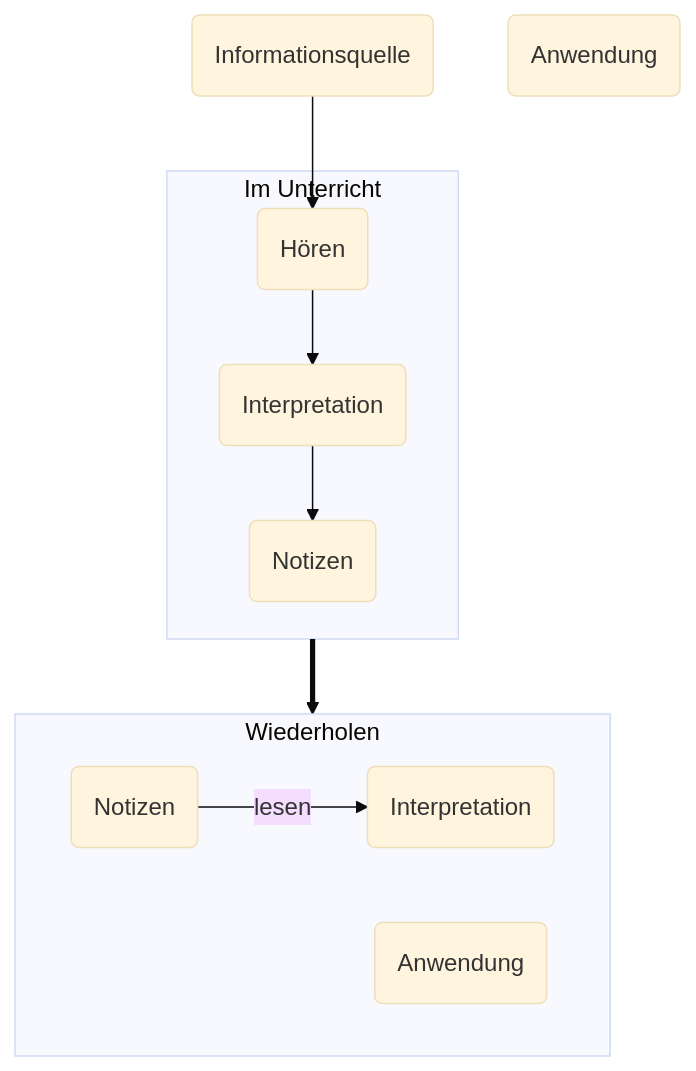
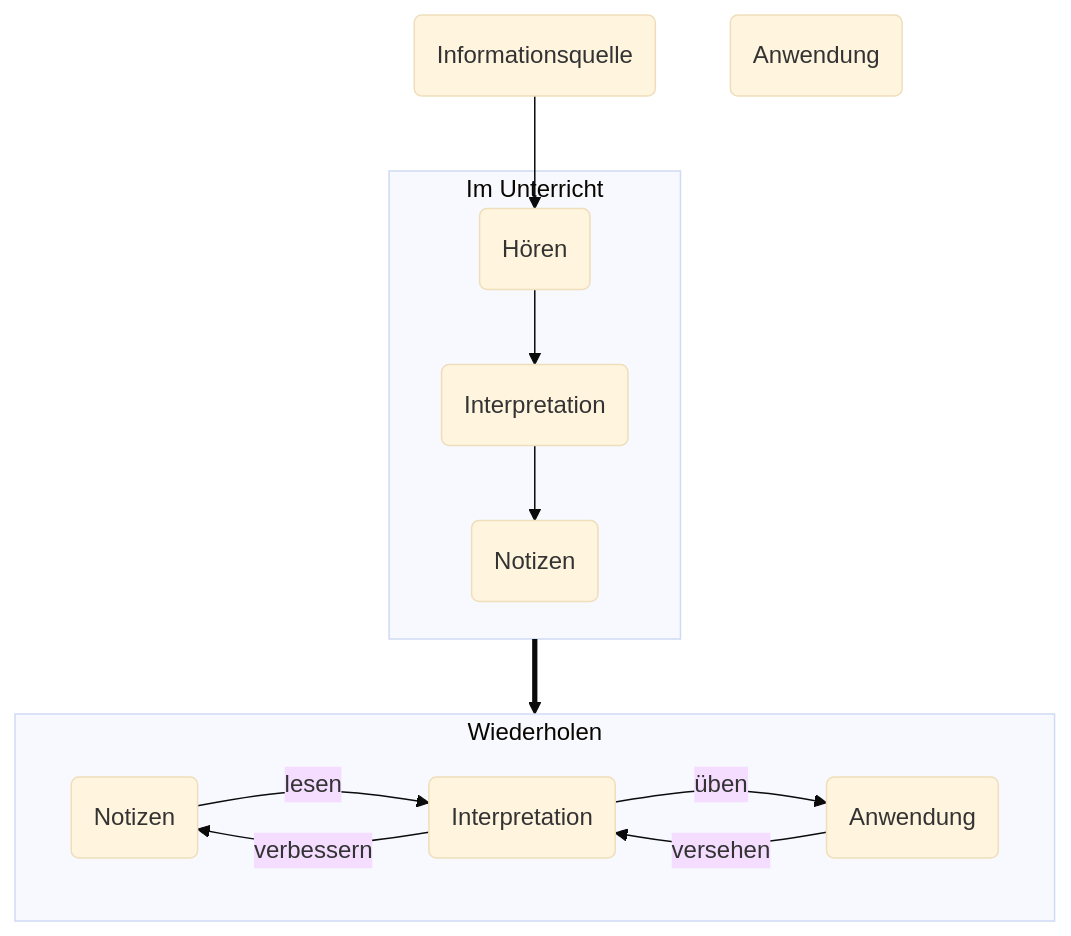
The diagram in 📝 - Arbeitsplatz/Aufschlüsselung der Effekte von Notizen.md (julianstoerig/zettelkasten), drawn with Mermaid (base theme) before and after one commit.

Commit message:
automatic version-control: 2021-01-15 18:36:18

````diff
--- a/📝 - Arbeitsplatz/Aufschlüsselung der Effekte von Notizen.md
+++ b/📝 - Arbeitsplatz/Aufschlüsselung der Effekte von Notizen.md
@@ -1,25 +1,27 @@
 ```mermaid
 flowchart TB
 
 Iq(Informationsquelle)
 N(Notizen)
 H(Hören)
 I(Interpretation)
 A(Anwendung)
 N2(Notizen)
 I2(Interpretation)
 A2(Anwendung)
 Iq --> H
 
 subgraph Ps[Im Unterricht]
 	H --> I
 	I --> N
 end
 
 subgraph Pt[Wiederholen]
 	N2 -->|lesen| I2
-	A2
+	I2 -->|üben| A2
+	I2 -->|verbessern| N2
+	A2 -->|versehen| I2
 end
 
 Ps ==> Pt
 ```
````
